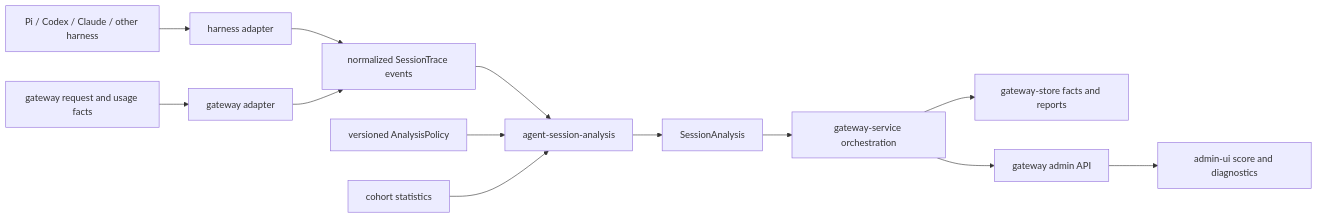
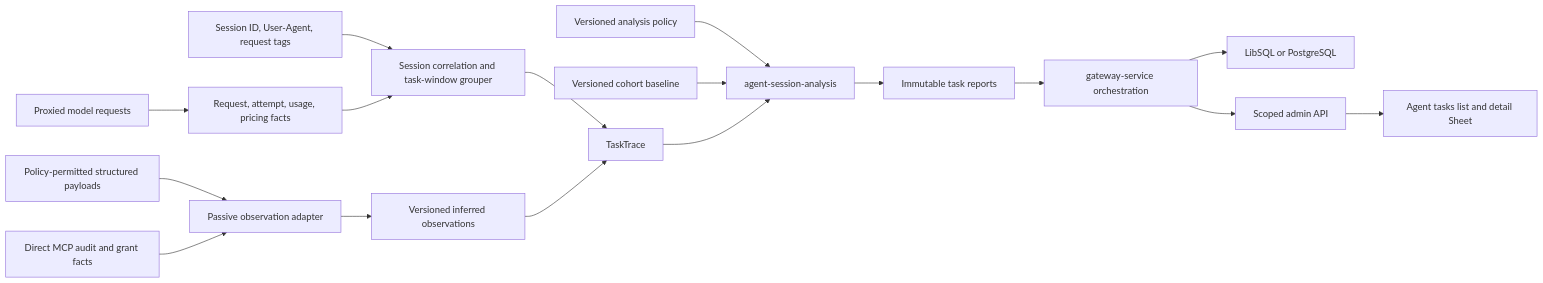
Before and after one commit to ahstn/oceans-llm: the diagram in docs/plans/2026-07-20-agent-session-analysis-and-efficiency.md, drawn with Mermaid. The commit also changed other lines of this file and 102 other files, not shown here.

First line of the commit message:
feat(observability): add agent task efficiency analysis

````diff
--- a/docs/plans/2026-07-20-agent-session-analysis-and-efficiency.md
+++ b/docs/plans/2026-07-20-agent-session-analysis-and-efficiency.md
@@ -196,15 +284,19 @@
 ```mermaid
 flowchart LR
-    Harness["Pi / Codex / Claude / other harness"] --> Adapter["harness adapter"]
-    Gateway["gateway request and usage facts"] --> GatewayAdapter["gateway adapter"]
-    Adapter --> Events["normalized SessionTrace events"]
-    GatewayAdapter --> Events
-    Events --> Analysis["agent-session-analysis"]
-    Policy["versioned AnalysisPolicy"] --> Analysis
-    Cohort["cohort statistics"] --> Analysis
-    Analysis --> Report["SessionAnalysis"]
-    Report --> Service["gateway-service orchestration"]
-    Service --> Store["gateway-store facts and reports"]
-    Service --> API["gateway admin API"]
-    API --> UI["admin-ui score and diagnostics"]
+    Requests[Proxied model requests] --> GatewayFacts[Request, attempt, usage, pricing facts]
+    Payloads[Policy-permitted structured payloads] --> Passive[Passive observation adapter]
+    Mcp[Direct MCP audit and grant facts] --> Passive
+    Headers[Session ID, User-Agent, request tags] --> Grouper[Session correlation and task-window grouper]
+    GatewayFacts --> Grouper
+    Passive --> Observations[Versioned inferred observations]
+    Grouper --> Trace[TaskTrace]
+    Observations --> Trace
+    Policy[Versioned analysis policy] --> Analysis[agent-session-analysis]
+    Cohort[Versioned cohort baseline] --> Analysis
+    Trace --> Analysis
+    Analysis --> Reports[Immutable task reports]
+    Reports --> Service[gateway-service orchestration]
+    Service --> Store[LibSQL or PostgreSQL]
+    Service --> AdminAPI[Scoped admin API]
+    AdminAPI --> UI[Agent tasks list and detail Sheet]
 ```
````
